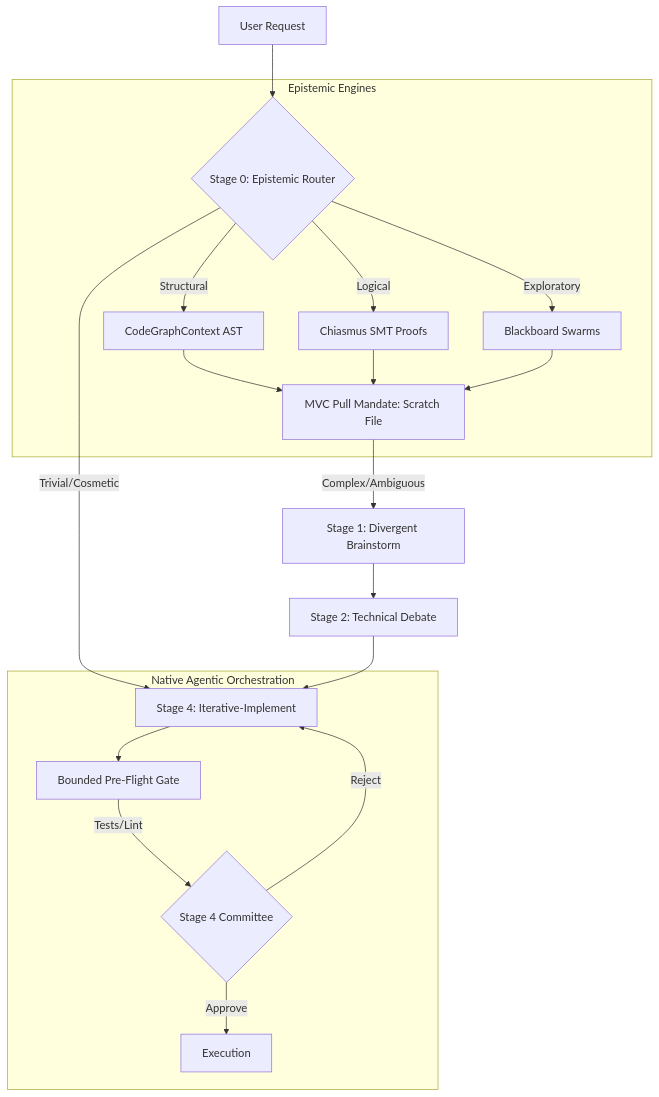
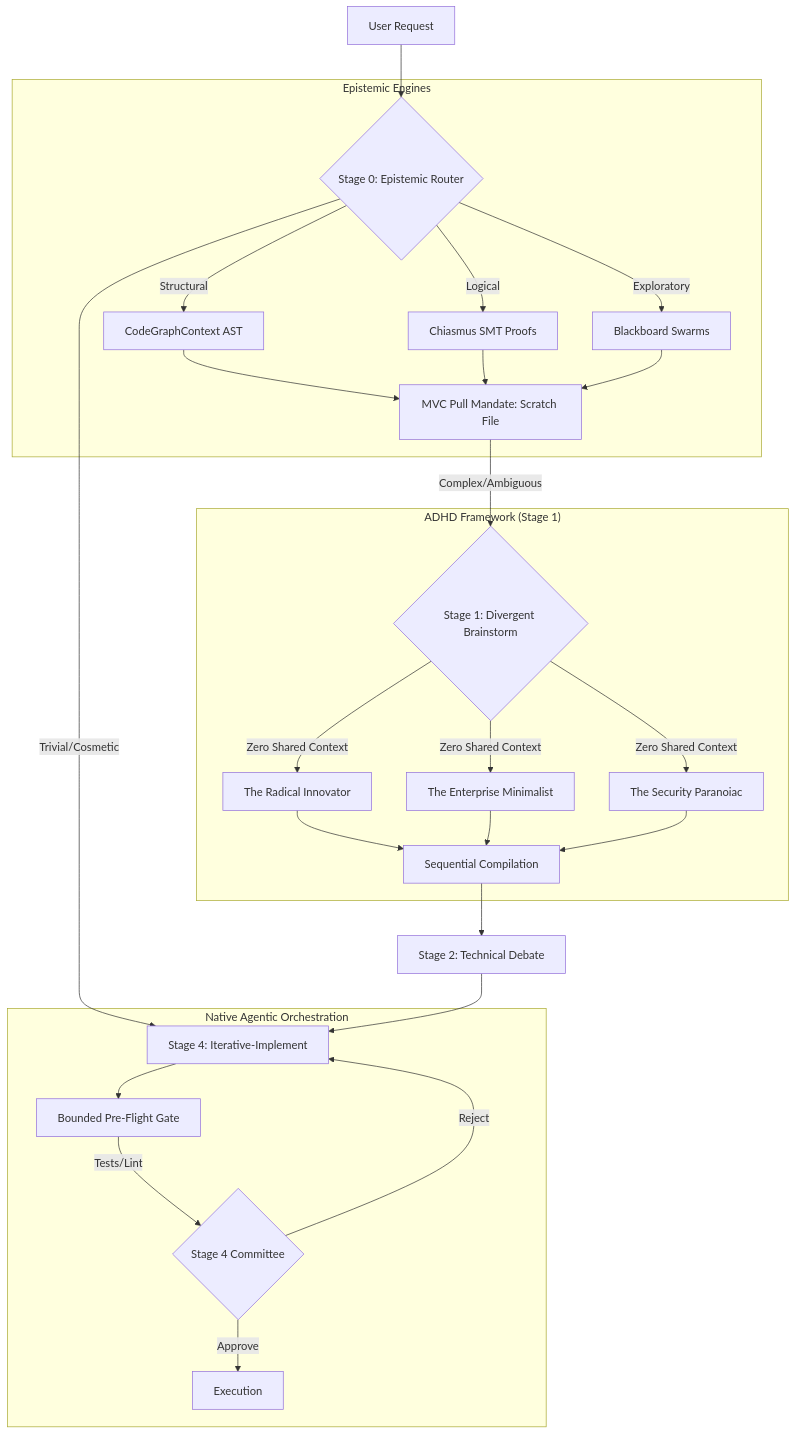
One commit to nferrer-dev/antigravity-core changed the diagram in README.md. Above: the diagram before and after it, drawn with Mermaid.

Commit message:
Expand Stage 1 ADHD Framework in Mermaid diagram

````diff
--- a/README.md
+++ b/README.md
@@ -18,26 +18,35 @@
 ```mermaid
 graph TD
     A[User Request] --> B{Stage 0: Epistemic Router}
     
     subgraph "Epistemic Engines"
     B -->|Structural| S1[CodeGraphContext AST]
     B -->|Logical| S2[Chiasmus SMT Proofs]
     B -->|Exploratory| S3[Blackboard Swarms]
     S1 --> S4[MVC Pull Mandate: Scratch File]
     S2 --> S4
     S3 --> S4
     end
 
-    S4 -->|Complex/Ambiguous| C[Stage 1: Divergent Brainstorm]
+    S4 -->|Complex/Ambiguous| C{Stage 1: Divergent Brainstorm}
     B -->|Trivial/Cosmetic| E[Stage 4: Iterative-Implement]
     
-    C --> D[Stage 2: Technical Debate]
+    subgraph "ADHD Framework (Stage 1)"
+    C -->|Zero Shared Context| C1[The Radical Innovator]
+    C -->|Zero Shared Context| C2[The Enterprise Minimalist]
+    C -->|Zero Shared Context| C3[The Security Paranoiac]
+    C1 --> C4[Sequential Compilation]
+    C2 --> C4
+    C3 --> C4
+    end
+    
+    C4 --> D[Stage 2: Technical Debate]
     D --> E
     
     subgraph "Native Agentic Orchestration"
     E --> F[Bounded Pre-Flight Gate]
     F -->|Tests/Lint| G{Stage 4 Committee}
     G -->|Reject| E
     G -->|Approve| H[Execution]
     end
 ```
````
